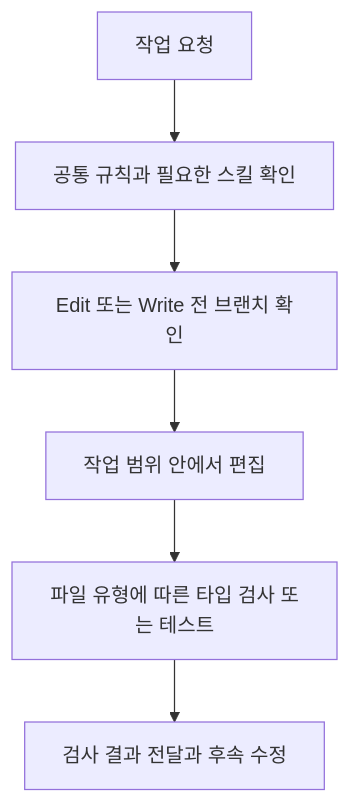
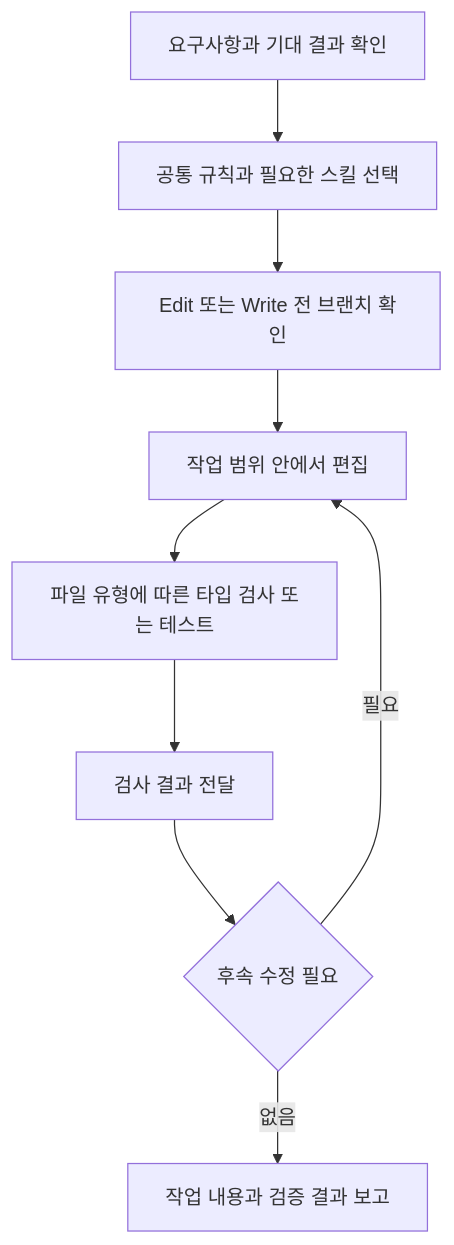
One commit to KimHG1995/work-history changed the diagram in projects/ai-development-setup/claude-workflow.md. Above: the diagram before and after it, drawn with Mermaid. The commit also changed other lines of this file and 3 other files, not shown here.

````diff
--- a/projects/ai-development-setup/claude-workflow.md
+++ b/projects/ai-development-setup/claude-workflow.md
@@ -58,8 +73,11 @@
 ```mermaid
 flowchart TD
-    request["작업 요청"] --> rules["공통 규칙과 필요한 스킬 확인"]
+    request["요구사항과 기대 결과 확인"] --> rules["공통 규칙과 필요한 스킬 선택"]
     rules --> branch["Edit 또는 Write 전 브랜치 확인"]
     branch --> edit["작업 범위 안에서 편집"]
     edit --> check["파일 유형에 따른 타입 검사 또는 테스트"]
-    check --> feedback["검사 결과 전달과 후속 수정"]
+    check --> feedback["검사 결과 전달"]
+    feedback --> decision{"후속 수정 필요"}
+    decision -->|필요| edit
+    decision -->|없음| report["작업 내용과 검증 결과 보고"]
 ```
````
